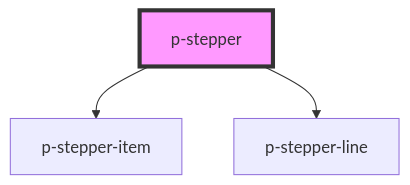
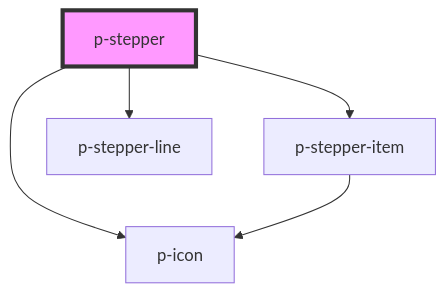
One commit to Employes/Paperless changed the diagram in packages/core/src/components/organisms/stepper/readme.md. Above: the diagram before and after it, drawn with Mermaid. The commit also changed other lines of this file and 3 other files, not shown here.

Commit message:
feat(organisms/stepper): Add icon variant

````diff
--- a/packages/core/src/components/organisms/stepper/readme.md
+++ b/packages/core/src/components/organisms/stepper/readme.md
@@ -28,6 +30,8 @@
 ```mermaid
 graph TD;
   p-stepper --> p-stepper-item
+  p-stepper --> p-icon
   p-stepper --> p-stepper-line
+  p-stepper-item --> p-icon
   style p-stepper fill:#f9f,stroke:#333,stroke-width:4px
 ```
````
